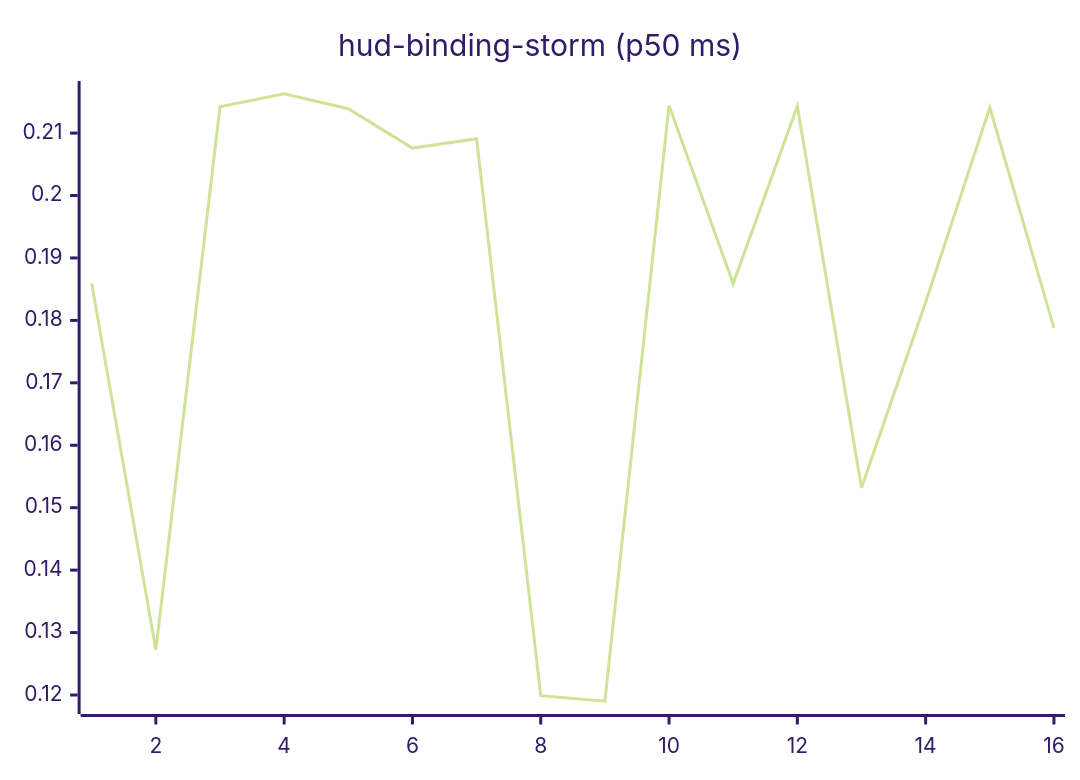
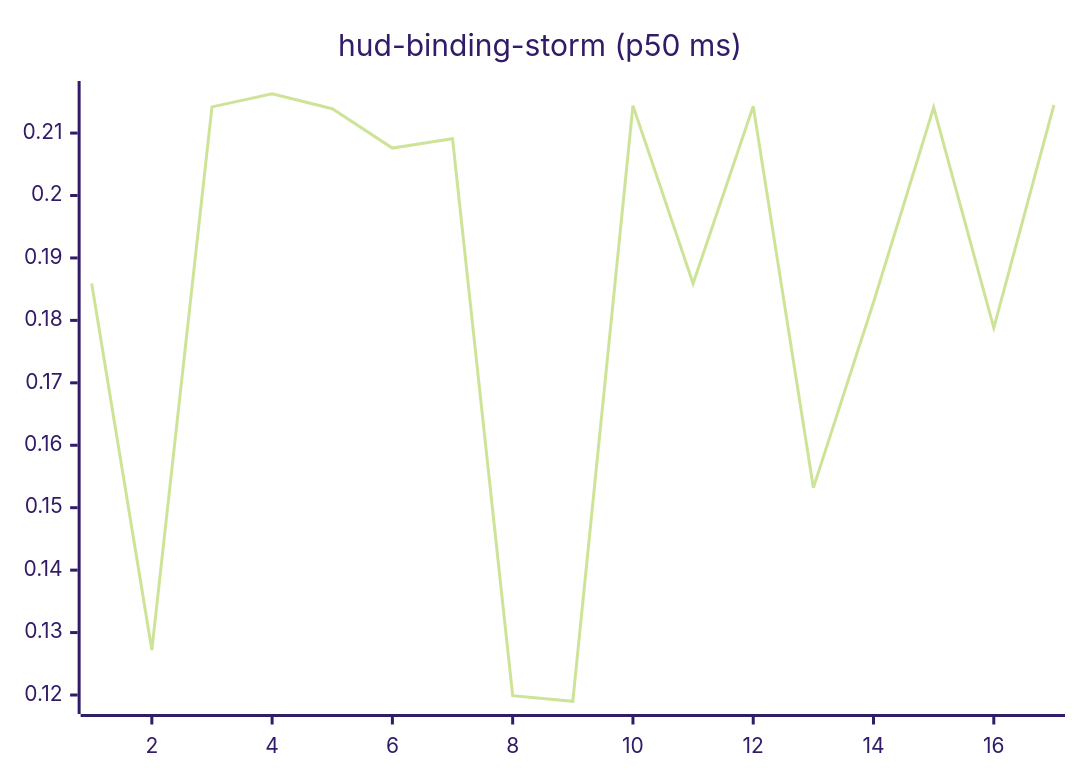
Before and after one commit to josha/Facet: the tenth of 27 diagrams in README.md, drawn with Mermaid (forest theme). The commit also changed other lines of this file and 2 other files, not shown here.

````diff
--- a/README.md
+++ b/README.md
@@ -126,6 +126,6 @@
 ```mermaid
 xychart-beta
     title "hud-binding-storm (p50 ms)"
-    x-axis 1 --> 16
-    line [0.1859, 0.1272, 0.2142, 0.2163, 0.2139, 0.2076, 0.2091, 0.1199, 0.1190, 0.2144, 0.1859, 0.2143, 0.1532, 0.1829, 0.2141, 0.1788]
+    x-axis 1 --> 17
+    line [0.1859, 0.1272, 0.2142, 0.2163, 0.2139, 0.2076, 0.2091, 0.1199, 0.1190, 0.2144, 0.1859, 0.2143, 0.1532, 0.1829, 0.2141, 0.1788, 0.2145]
 ```
````
